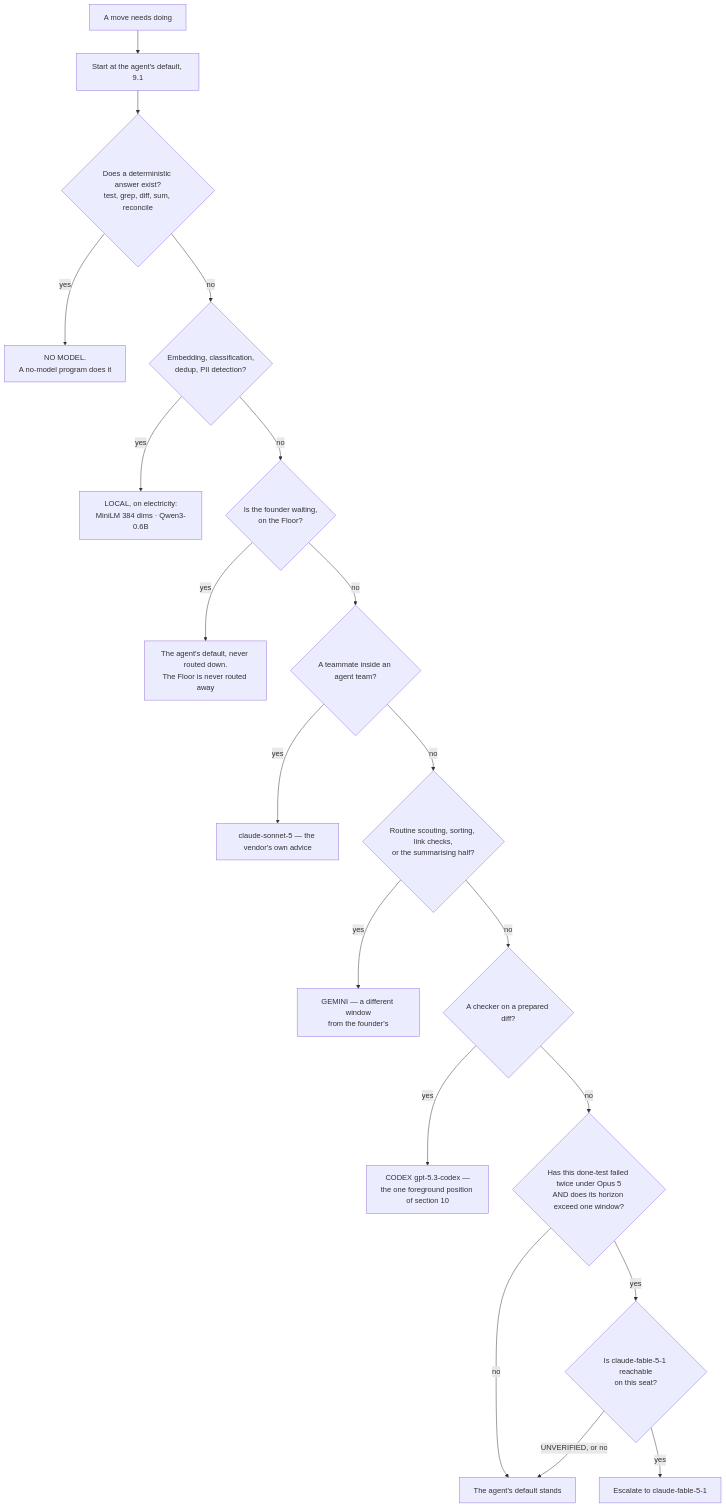
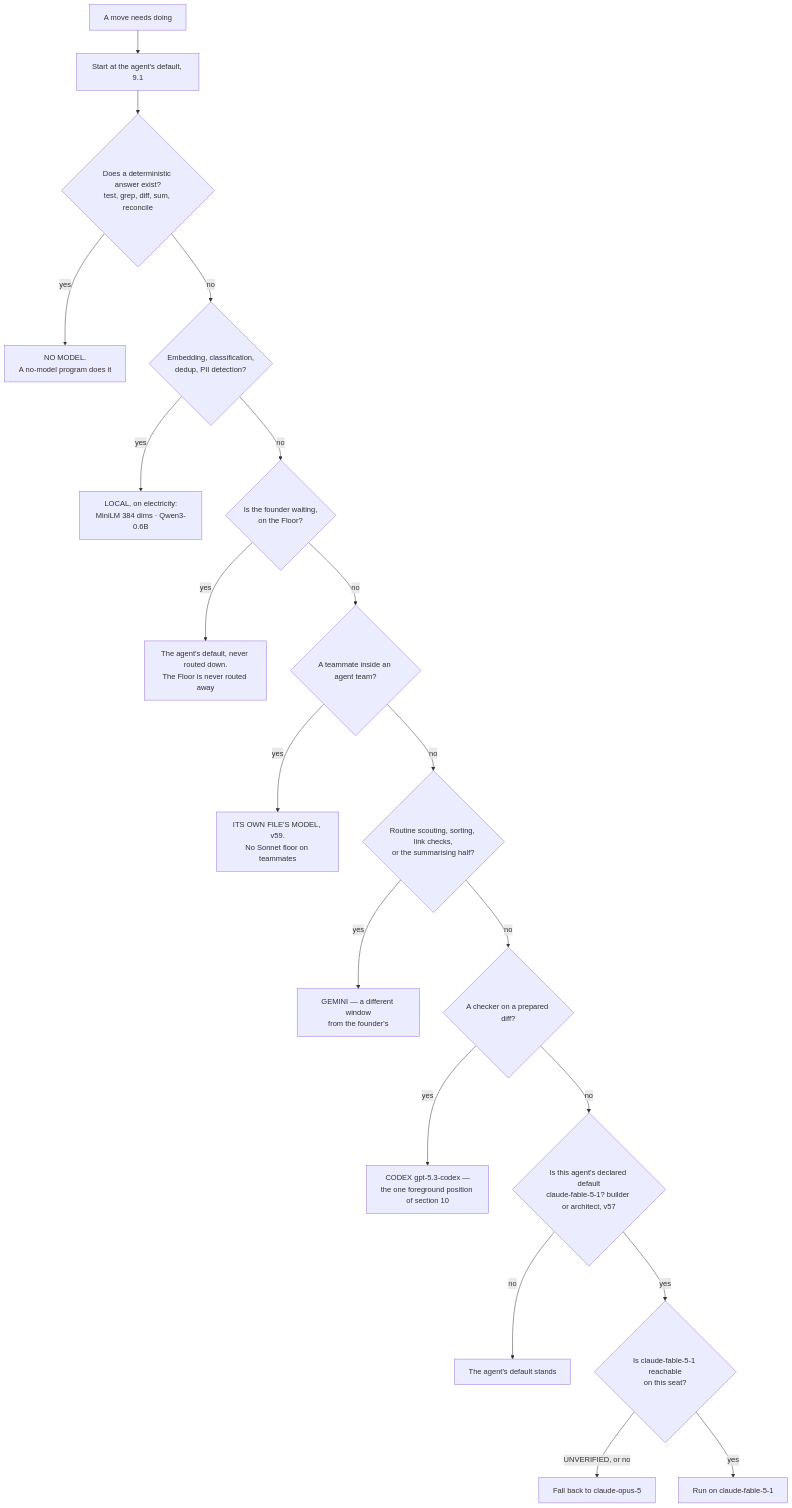
The first of 2 diagrams in docs/03-system-design/final-v2/parts/09-models.md (Adam077K/agentvibe), drawn with Mermaid before and after one commit. The commit also changed other lines of this file and 10 other files, not shown here.

````diff
--- a/docs/03-system-design/final-v2/parts/09-models.md
+++ b/docs/03-system-design/final-v2/parts/09-models.md
@@ -65,21 +84,21 @@
 ```mermaid
 flowchart TD
     M["A move needs doing"] --> DEF["Start at the agent's default, 9.1"]
     DEF --> Q0{"Does a deterministic answer exist?<br/>test, grep, diff, sum, reconcile"}
     Q0 -->|"yes"| ZERO["NO MODEL.<br/>A no-model program does it"]
     Q0 -->|"no"| Q1{"Embedding, classification,<br/>dedup, PII detection?"}
     Q1 -->|"yes"| LOC["LOCAL, on electricity:<br/>MiniLM 384 dims · Qwen3-0.6B"]
     Q1 -->|"no"| Q2{"Is the founder waiting,<br/>on the Floor?"}
     Q2 -->|"yes"| TOP["The agent's default, never routed down.<br/>The Floor is never routed away"]
     Q2 -->|"no"| Q3{"A teammate inside an agent team?"}
-    Q3 -->|"yes"| SON["claude-sonnet-5 — the vendor's own advice"]
+    Q3 -->|"yes"| SON["ITS OWN FILE'S MODEL, v59.<br/>No Sonnet floor on teammates"]
     Q3 -->|"no"| Q4{"Routine scouting, sorting, link checks,<br/>or the summarising half?"}
     Q4 -->|"yes"| GEM["GEMINI — a different window<br/>from the founder's"]
     Q4 -->|"no"| Q5{"A checker on a prepared diff?"}
     Q5 -->|"yes"| CDX["CODEX gpt-5.3-codex —<br/>the one foreground position of section 10"]
-    Q5 -->|"no"| Q6{"Has this done-test failed twice under Opus 5<br/>AND does its horizon exceed one window?"}
+    Q5 -->|"no"| Q6{"Is this agent's declared default<br/>claude-fable-5-1? builder or architect, v57"}
     Q6 -->|"no"| OUT["The agent's default stands"]
     Q6 -->|"yes"| FAB{"Is claude-fable-5-1 reachable<br/>on this seat?"}
-    FAB -->|"UNVERIFIED, or no"| OUT
-    FAB -->|"yes"| ESC["Escalate to claude-fable-5-1"]
+    FAB -->|"UNVERIFIED, or no"| FALL["Fall back to claude-opus-5"]
+    FAB -->|"yes"| ESC["Run on claude-fable-5-1"]
 ```
````
